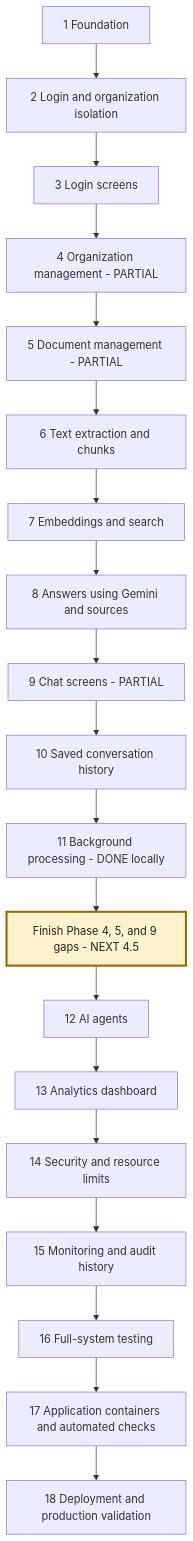
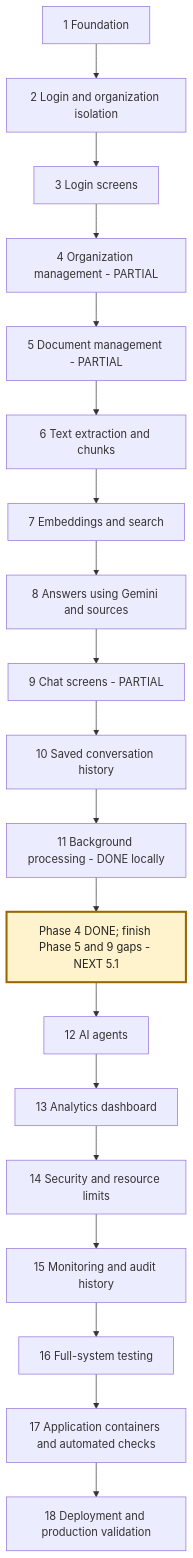
One commit to msdian0007/nexaAi changed the second of 3 diagrams in NEXAAI_ROADMAP.md. Above: the diagram before and after it, drawn with Mermaid. The commit also changed other lines of this file and 12 other files, not shown here.

````diff
--- a/NEXAAI_ROADMAP.md
+++ b/NEXAAI_ROADMAP.md
@@ -186,22 +186,22 @@
 ```mermaid
 flowchart TD
     A[1 Foundation] --> B[2 Login and organization isolation]
     B --> C[3 Login screens]
     C --> D[4 Organization management - PARTIAL]
     D --> E[5 Document management - PARTIAL]
     E --> F[6 Text extraction and chunks]
     F --> G[7 Embeddings and search]
     G --> H[8 Answers using Gemini and sources]
     H --> I[9 Chat screens - PARTIAL]
     I --> J[10 Saved conversation history]
     J --> K[11 Background processing - DONE locally]
-    K --> L[Finish Phase 4, 5, and 9 gaps - NEXT 4.5]
+    K --> L[Phase 4 DONE; finish Phase 5 and 9 gaps - NEXT 5.1]
     L --> M[12 AI agents]
     M --> N[13 Analytics dashboard]
     N --> O[14 Security and resource limits]
     O --> P[15 Monitoring and audit history]
     P --> Q[16 Full-system testing]
     Q --> R[17 Application containers and automated checks]
     R --> S[18 Deployment and production validation]
     style L fill:#fff3cd,stroke:#9a6700,stroke-width:3px,color:#222
 ```
````
